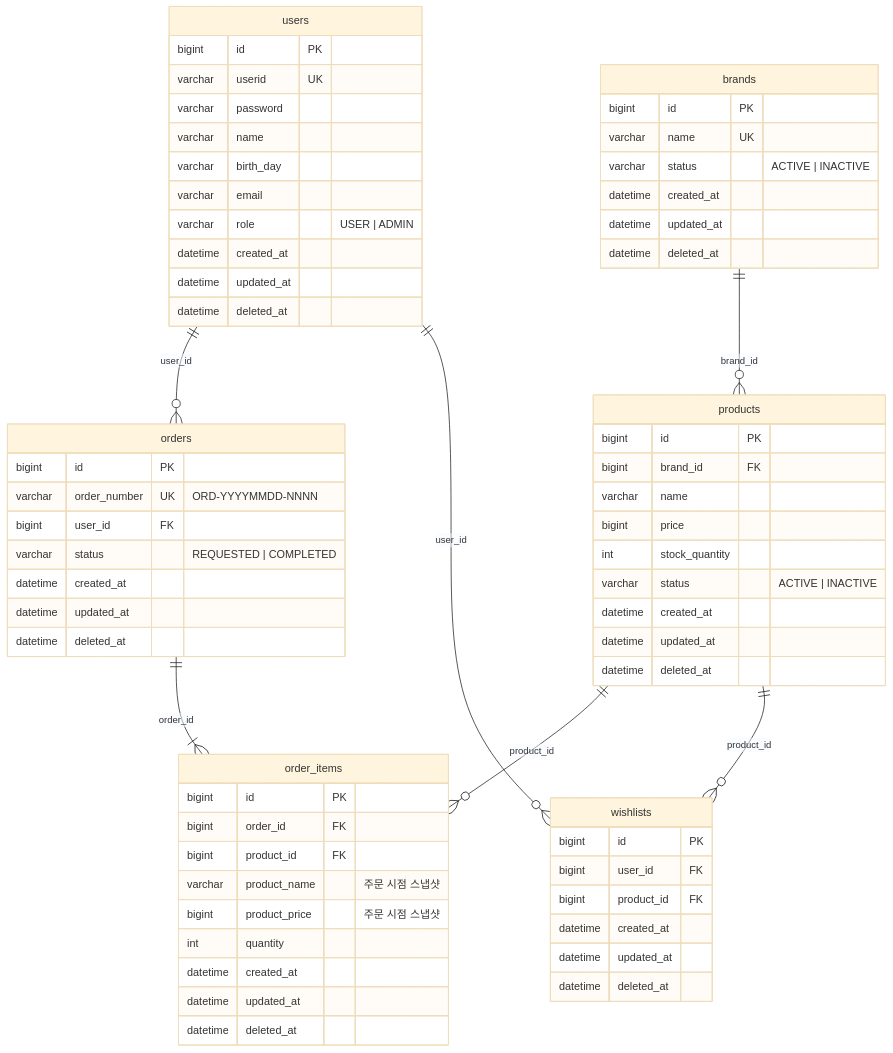
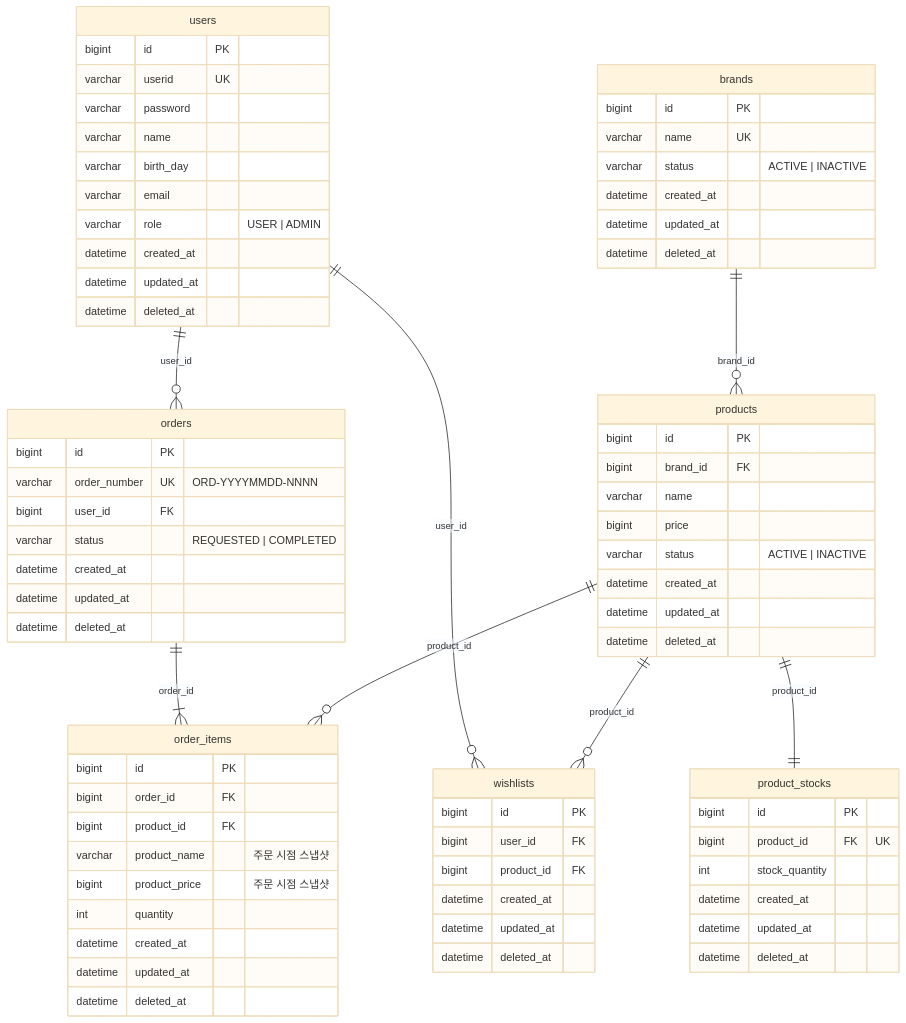
Before and after one commit to loopers-labs/loop-pack-be-l2-vol4-java: the diagram in docs/design/04-erd.md, drawn with Mermaid (base theme). The commit also changed other lines of this file and 2 other files, not shown here.

Commit message:
docs : 상품수량 테이블 분리

```diff
--- a/docs/design/04-erd.md
+++ b/docs/design/04-erd.md
@@ -36,8 +36,16 @@
         bigint brand_id FK
         varchar name
         bigint price
+        varchar status "ACTIVE | INACTIVE"
+        datetime created_at
+        datetime updated_at
+        datetime deleted_at
+    }
+
+    product_stocks {
+        bigint id PK
+        bigint product_id FK "UK"
         int stock_quantity
-        varchar status "ACTIVE | INACTIVE"
         datetime created_at
         datetime updated_at
         datetime deleted_at
@@ -77,6 +85,7 @@
     users ||--o{ orders : "user_id"
     users ||--o{ wishlists : "user_id"
     brands ||--o{ products : "brand_id"
+    products ||--|| product_stocks : "product_id"
     orders ||--|{ order_items : "order_id"
     products ||--o{ order_items : "product_id"
     products ||--o{ wishlists : "product_id"
```
